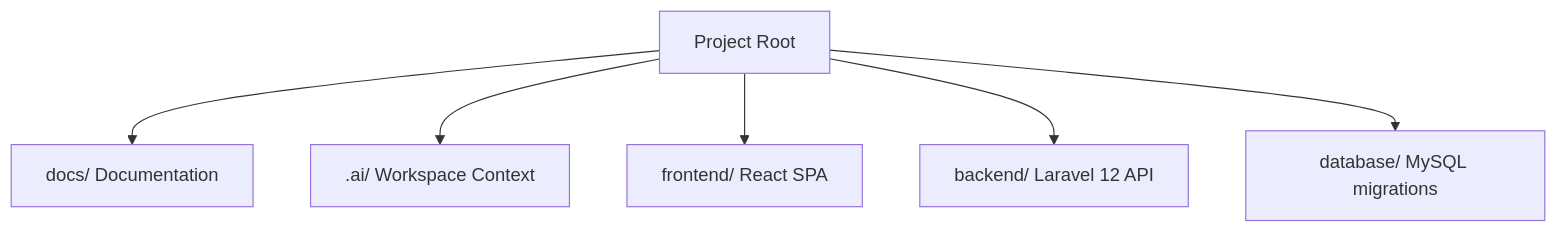
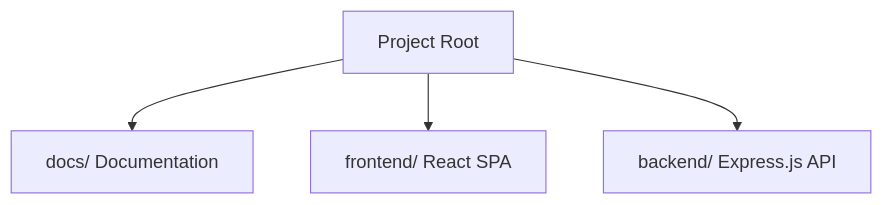
One commit to bitsy6699/WebDesa changed the first of 4 diagrams in docs/engineering/FOLDER_STRUCTURE.md. Above: the diagram before and after it, drawn with Mermaid. The commit also changed other lines of this file and 545 other files, not shown here.

First line of the commit message:
migrate: Laravel → Node.js (Express + Prisma), TSX → JSX, experience redesign

````diff
--- a/docs/engineering/FOLDER_STRUCTURE.md
+++ b/docs/engineering/FOLDER_STRUCTURE.md
@@ -181,8 +165,6 @@
 ```mermaid
 graph TD
     Root[Project Root] --> Docs[docs/ Documentation]
-    Root --> AI[.ai/ Workspace Context]
     Root --> FE[frontend/ React SPA]
-    Root --> BE[backend/ Laravel 12 API]
-    Root --> DB[database/ MySQL migrations]
+    Root --> BE[backend/ Express.js API]
 ```
````
